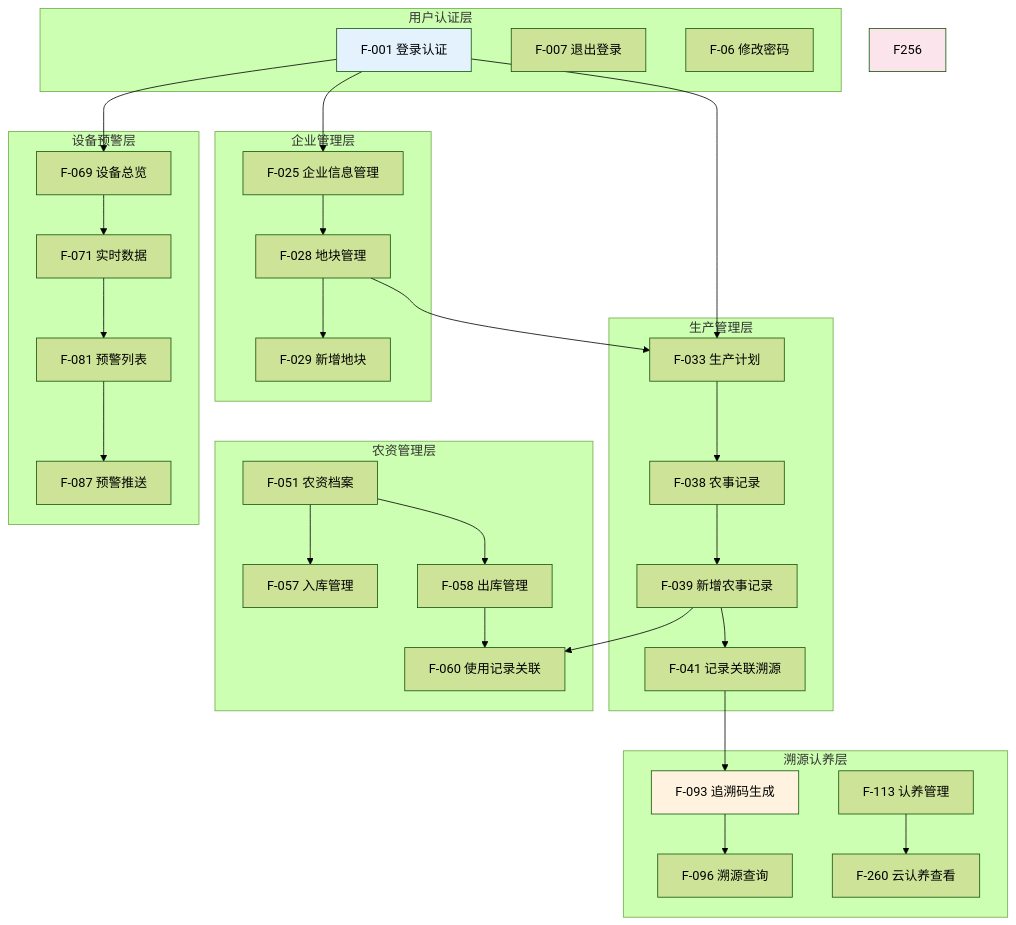
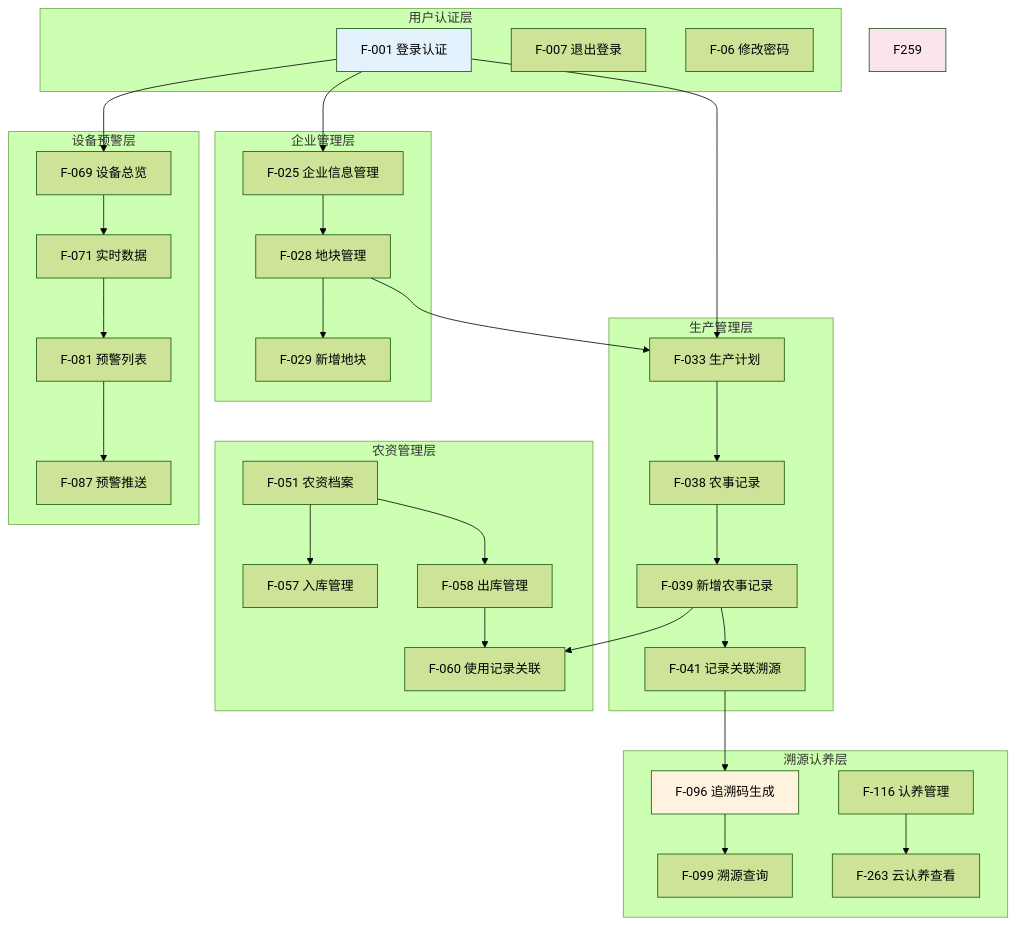
Before and after one commit to user007a/pro_smartorchard: the fourth of 12 diagrams in docs/需求说明书.md, drawn with Mermaid (forest theme). The commit also changed other lines of this file, not shown here.

````diff
--- a/docs/需求说明书.md
+++ b/docs/需求说明书.md
@@ -1606,66 +1600,66 @@
 ```mermaid
 flowchart TB
     subgraph 用户认证层
         F001[F-001 登录认证]
         F007[F-007 退出登录]
         F006[F-06 修改密码]
     end
 
     subgraph 企业管理层
         F025[F-025 企业信息管理]
         F028[F-028 地块管理]
         F029[F-029 新增地块]
     end
 
     subgraph 生产管理层
         F033[F-033 生产计划]
         F038[F-038 农事记录]
         F039[F-039 新增农事记录]
         F041[F-041 记录关联溯源]
     end
 
     subgraph 农资管理层
         F051[F-051 农资档案]
         F057[F-057 入库管理]
         F058[F-058 出库管理]
         F060[F-060 使用记录关联]
     end
 
     subgraph 设备预警层
         F069[F-069 设备总览]
         F071[F-071 实时数据]
         F081[F-081 预警列表]
         F087[F-087 预警推送]
     end
 
     subgraph 溯源认养层
-        F093[F-093 追溯码生成]
-        F096[F-096 溯源查询]
-        F113[F-113 认养管理]
-        F260[F-260 云认养查看]
+        F096[F-096 追溯码生成]
+        F099[F-099 溯源查询]
+        F116[F-116 认养管理]
+        F263[F-263 云认养查看]
     end
 
     F001 --> F025
     F001 --> F033
     F001 --> F069
     F025 --> F028
     F028 --> F029
     F028 --> F033
     F033 --> F038
     F038 --> F039
     F039 --> F041
     F039 --> F060
     F051 --> F057
     F051 --> F058
     F058 --> F060
     F069 --> F071
     F071 --> F081
     F081 --> F087
-    F041 --> F093
-    F093 --> F096
-    F113 --> F260
+    F041 --> F096
+    F096 --> F099
+    F116 --> F263
 
     style F001 fill:#e3f2fd
-    style F093 fill:#fff3e0
-    style F256 fill:#fce4ec
+    style F096 fill:#fff3e0
+    style F259 fill:#fce4ec
 ```
````
